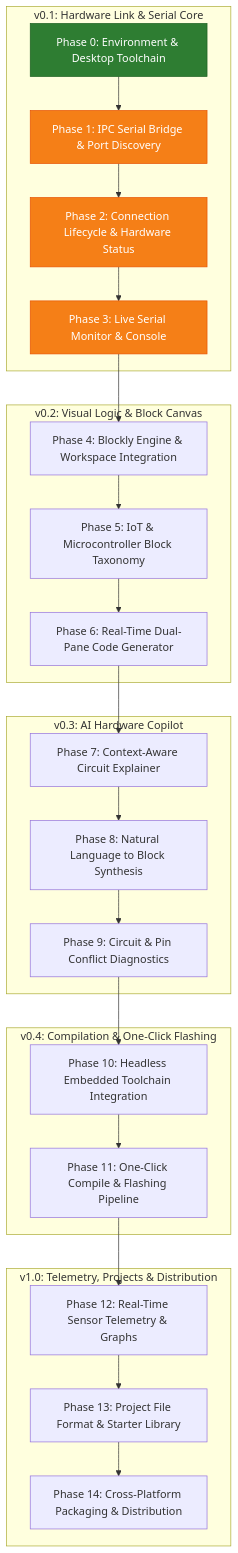
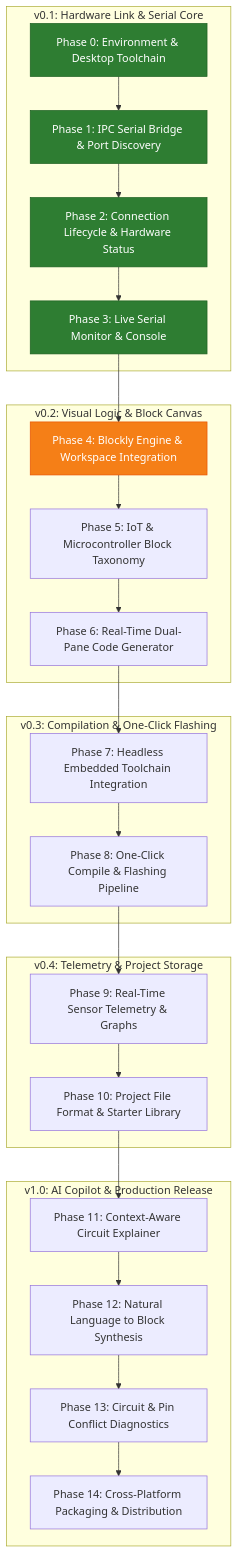
The diagram in ROADMAP.md (dharshbdp/CircuitForge), drawn with Mermaid before and after one commit. The commit also changed other lines of this file and 1 other file, not shown here.

First line of the commit message:
docs: reorder roadmap to position AI Copilot in the final milestone

````diff
--- a/ROADMAP.md
+++ b/ROADMAP.md
@@ -38,36 +38,37 @@
 ```mermaid
 graph TD
     subgraph Milestone_0_1 [v0.1: Hardware Link & Serial Core]
         P0[Phase 0: Environment & Desktop Toolchain] --> P1[Phase 1: IPC Serial Bridge & Port Discovery]
         P1 --> P2[Phase 2: Connection Lifecycle & Hardware Status]
         P2 --> P3[Phase 3: Live Serial Monitor & Console]
     end
 
     subgraph Milestone_0_2 [v0.2: Visual Logic & Block Canvas]
         P3 --> P4[Phase 4: Blockly Engine & Workspace Integration]
         P4 --> P5[Phase 5: IoT & Microcontroller Block Taxonomy]
         P5 --> P6[Phase 6: Real-Time Dual-Pane Code Generator]
     end
 
-    subgraph Milestone_0_3 [v0.3: AI Hardware Copilot]
-        P6 --> P7[Phase 7: Context-Aware Circuit Explainer]
-        P7 --> P8[Phase 8: Natural Language to Block Synthesis]
-        P8 --> P9[Phase 9: Circuit & Pin Conflict Diagnostics]
+    subgraph Milestone_0_3 [v0.3: Compilation & One-Click Flashing]
+        P6 --> P7[Phase 7: Headless Embedded Toolchain Integration]
+        P7 --> P8[Phase 8: One-Click Compile & Flashing Pipeline]
     end
 
-    subgraph Milestone_0_4 [v0.4: Compilation & One-Click Flashing]
-        P9 --> P10[Phase 10: Headless Embedded Toolchain Integration]
-        P10 --> P11[Phase 11: One-Click Compile & Flashing Pipeline]
+    subgraph Milestone_0_4 [v0.4: Telemetry & Project Storage]
+        P8 --> P9[Phase 9: Real-Time Sensor Telemetry & Graphs]
+        P9 --> P10[Phase 10: Project File Format & Starter Library]
     end
 
-    subgraph Milestone_1_0 [v1.0: Telemetry, Projects & Distribution]
-        P11 --> P12[Phase 12: Real-Time Sensor Telemetry & Graphs]
-        P12 --> P13[Phase 13: Project File Format & Starter Library]
+    subgraph Milestone_1_0 [v1.0: AI Copilot & Production Release]
+        P10 --> P11[Phase 11: Context-Aware Circuit Explainer]
+        P11 --> P12[Phase 12: Natural Language to Block Synthesis]
+        P12 --> P13[Phase 13: Circuit & Pin Conflict Diagnostics]
         P13 --> P14[Phase 14: Cross-Platform Packaging & Distribution]
     end
 
     style P0 fill:#2e7d32,stroke:#1b5e20,color:#fff
-    style P1 fill:#f57f17,stroke:#e65100,color:#fff
-    style P2 fill:#f57f17,stroke:#e65100,color:#fff
-    style P3 fill:#f57f17,stroke:#e65100,color:#fff
+    style P1 fill:#2e7d32,stroke:#1b5e20,color:#fff
+    style P2 fill:#2e7d32,stroke:#1b5e20,color:#fff
+    style P3 fill:#2e7d32,stroke:#1b5e20,color:#fff
+    style P4 fill:#f57f17,stroke:#e65100,color:#fff
 ```
````
